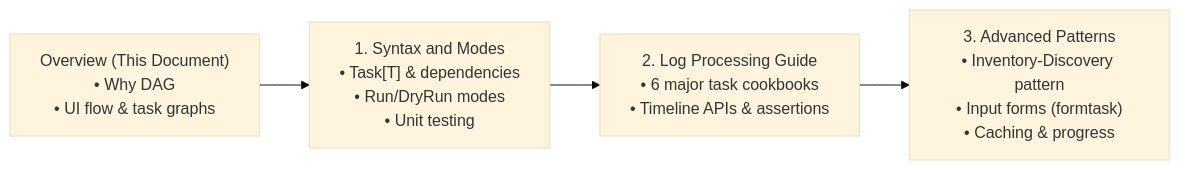
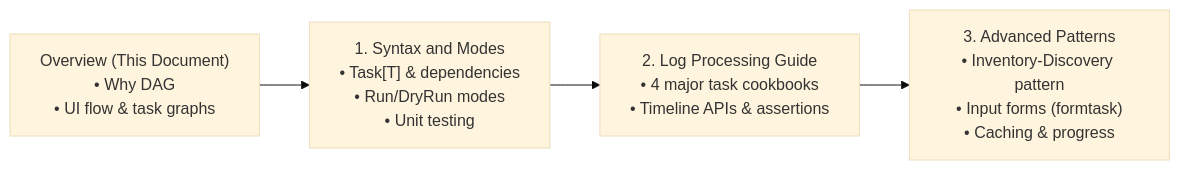
One commit to GoogleCloudPlatform/khi changed the first of 2 diagrams in docs/en/khi-task-system-concept.md. Above: the diagram before and after it, drawn with Mermaid (base theme). The commit also changed other lines of this file and 398 other files, not shown here.

````diff
--- a/docs/en/khi-task-system-concept.md
+++ b/docs/en/khi-task-system-concept.md
@@ -13,11 +13,11 @@
 ```mermaid
 flowchart LR
     Portal["Overview (This Document)<br>• Why DAG<br>• UI flow & task graphs"]
     P1["1. Syntax and Modes<br>• Task[T] & dependencies<br>• Run/DryRun modes<br>• Unit testing"]
-    P2["2. Log Processing Guide<br>• 6 major task cookbooks<br>• Timeline APIs & assertions"]
+    P2["2. Log Processing Guide<br>• 4 major task cookbooks<br>• Timeline APIs & assertions"]
     P3["3. Advanced Patterns<br>• Inventory-Discovery pattern<br>• Input forms (formtask)<br>• Caching & progress"]
 
     Portal --> P1
     P1 --> P2
     P2 --> P3
 ```
````
